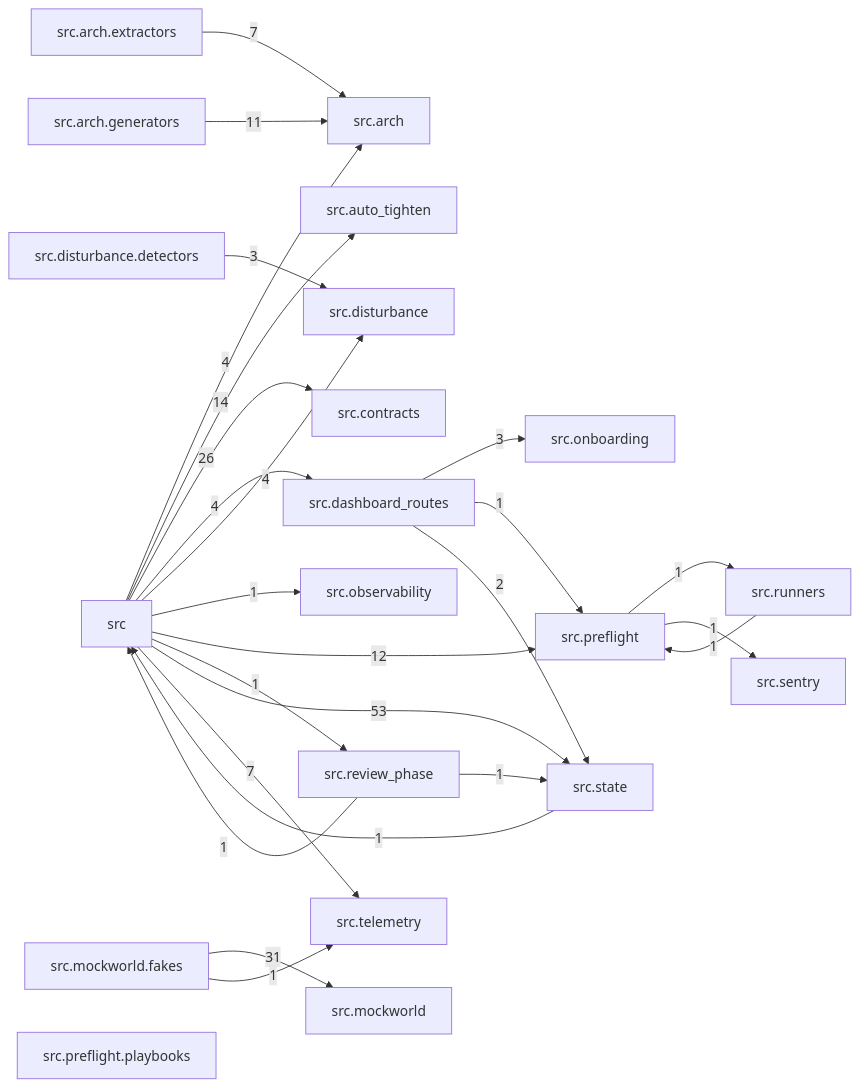
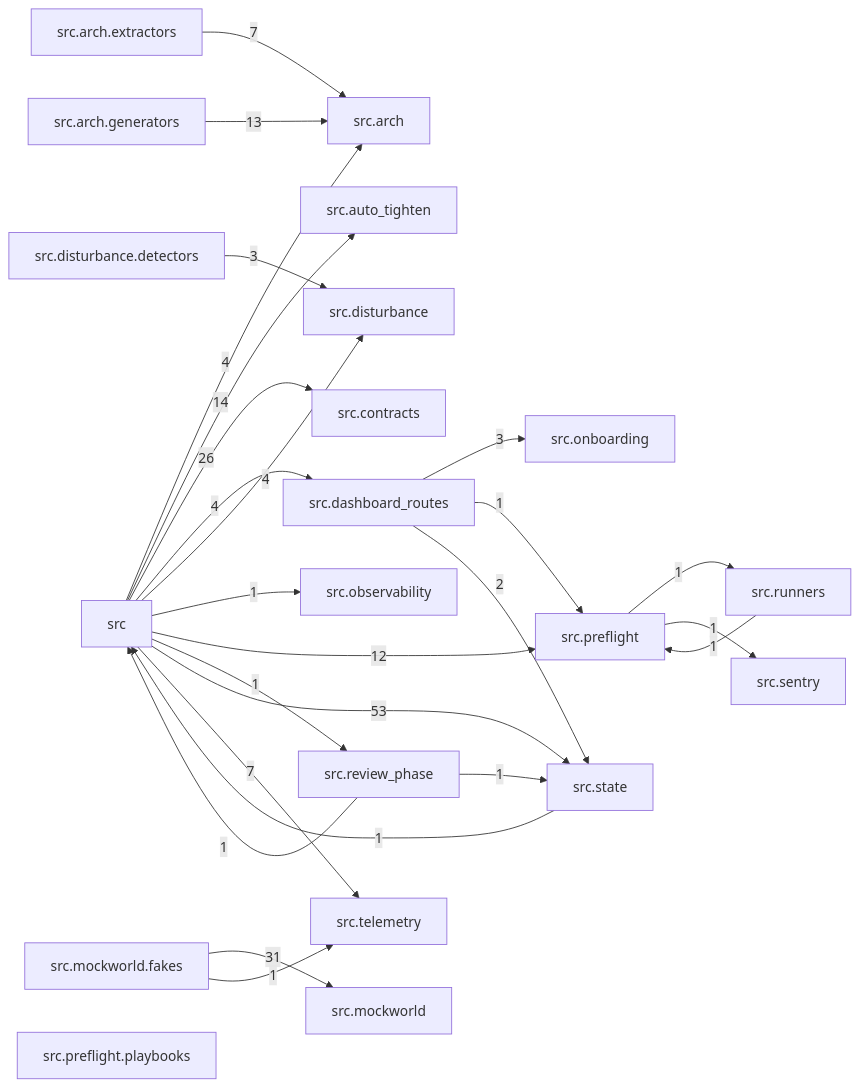
One commit to T-rav/hydraflow changed the diagram in docs/arch/generated/modules.md. Above: the diagram before and after it, drawn with Mermaid. The commit also changed 8 other files, not shown here.

````diff
--- a/docs/arch/generated/modules.md
+++ b/docs/arch/generated/modules.md
@@ -7,47 +7,47 @@
 ```mermaid
 graph LR
     src["src"]
     src_arch["src.arch"]
     src_arch_extractors["src.arch.extractors"]
     src_arch_generators["src.arch.generators"]
     src_auto_tighten["src.auto_tighten"]
     src_contracts["src.contracts"]
     src_dashboard_routes["src.dashboard_routes"]
     src_disturbance["src.disturbance"]
     src_disturbance_detectors["src.disturbance.detectors"]
     src_mockworld["src.mockworld"]
     src_mockworld_fakes["src.mockworld.fakes"]
     src_observability["src.observability"]
     src_onboarding["src.onboarding"]
     src_preflight["src.preflight"]
     src_preflight_playbooks["src.preflight.playbooks"]
     src_review_phase["src.review_phase"]
     src_runners["src.runners"]
     src_sentry["src.sentry"]
     src_state["src.state"]
     src_telemetry["src.telemetry"]
     src -- "4" --> src_arch
     src -- "14" --> src_auto_tighten
     src -- "26" --> src_contracts
     src -- "4" --> src_dashboard_routes
     src -- "4" --> src_disturbance
     src -- "1" --> src_observability
     src -- "12" --> src_preflight
     src -- "1" --> src_review_phase
     src -- "53" --> src_state
     src -- "7" --> src_telemetry
     src_arch_extractors -- "7" --> src_arch
-    src_arch_generators -- "11" --> src_arch
+    src_arch_generators -- "13" --> src_arch
     src_dashboard_routes -- "3" --> src_onboarding
     src_dashboard_routes -- "1" --> src_preflight
     src_dashboard_routes -- "2" --> src_state
     src_disturbance_detectors -- "3" --> src_disturbance
     src_mockworld_fakes -- "31" --> src_mockworld
     src_mockworld_fakes -- "1" --> src_telemetry
     src_preflight -- "1" --> src_runners
     src_preflight -- "1" --> src_sentry
     src_review_phase -- "1" --> src
     src_review_phase -- "1" --> src_state
     src_runners -- "1" --> src_preflight
     src_state -- "1" --> src
 ```
````
